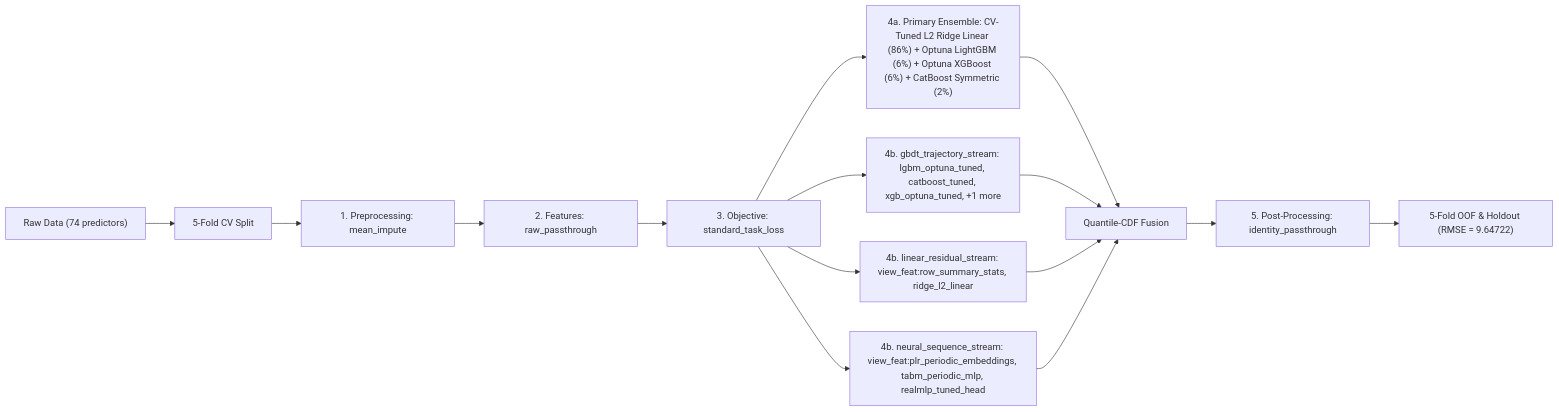
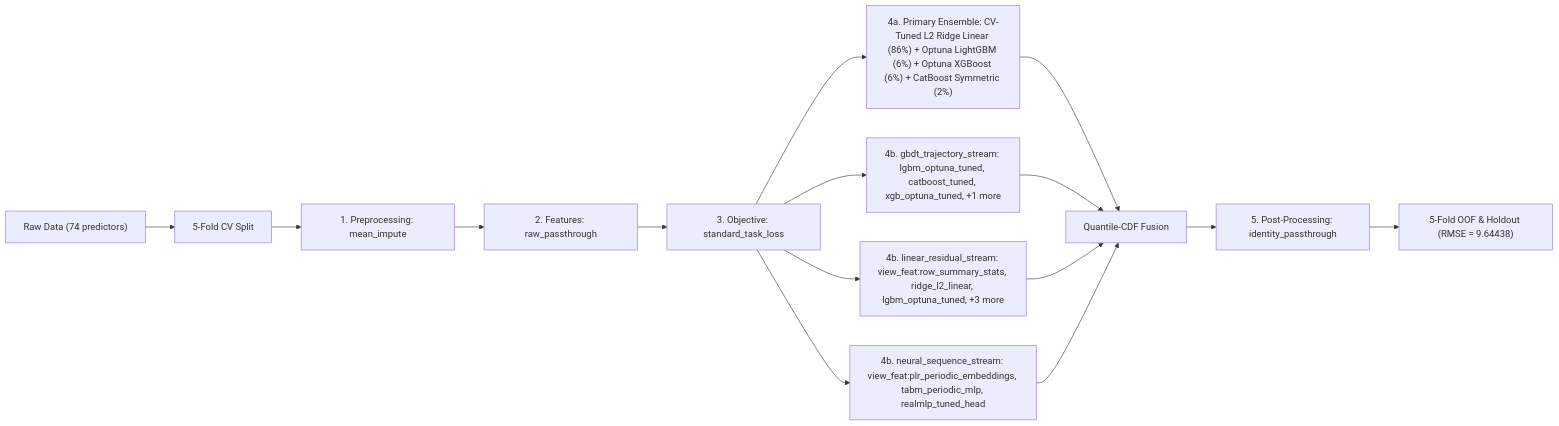
The diagram in README.md (stefanoclss/ROGII-Wellbore-Geology-Prediction), drawn with Mermaid before and after one commit. The commit also changed other lines of this file, not shown here.

First line of the commit message:
docs(readme): refresh verified OOF benchmark & build ledger (RMSE=9.64438)

````diff
--- a/README.md
+++ b/README.md
@@ -72,17 +73,17 @@
 ```mermaid
 flowchart LR
     DATA["Raw Data (74 predictors)"] --> SPLIT["5-Fold CV Split"]
     SPLIT --> PRE["1. Preprocessing: mean_impute"]
     PRE --> FEAT["2. Features: raw_passthrough"]
     FEAT --> OBJ["3. Objective: standard_task_loss"]
     OBJ --> M0["4a. Primary Ensemble: CV-Tuned L2 Ridge Linear (86%) + Optuna LightGBM (6%) + Optuna XGBoost (6%) + CatBoost Symmetric (2%)"]
     M0 --> FUSE["Quantile-CDF Fusion"]
     OBJ --> S1["4b. gbdt_trajectory_stream: lgbm_optuna_tuned, catboost_tuned, xgb_optuna_tuned, +1 more"]
     S1 --> FUSE
-    OBJ --> S2["4b. linear_residual_stream: view_feat:row_summary_stats, ridge_l2_linear"]
+    OBJ --> S2["4b. linear_residual_stream: view_feat:row_summary_stats, ridge_l2_linear, lgbm_optuna_tuned, +3 more"]
     S2 --> FUSE
     OBJ --> S3["4b. neural_sequence_stream: view_feat:plr_periodic_embeddings, tabm_periodic_mlp, realmlp_tuned_head"]
     S3 --> FUSE
     FUSE --> POST["5. Post-Processing: identity_passthrough"]
-    POST --> OUT["5-Fold OOF & Holdout (RMSE = 9.64722)"]
+    POST --> OUT["5-Fold OOF & Holdout (RMSE = 9.64438)"]
 ```
````
